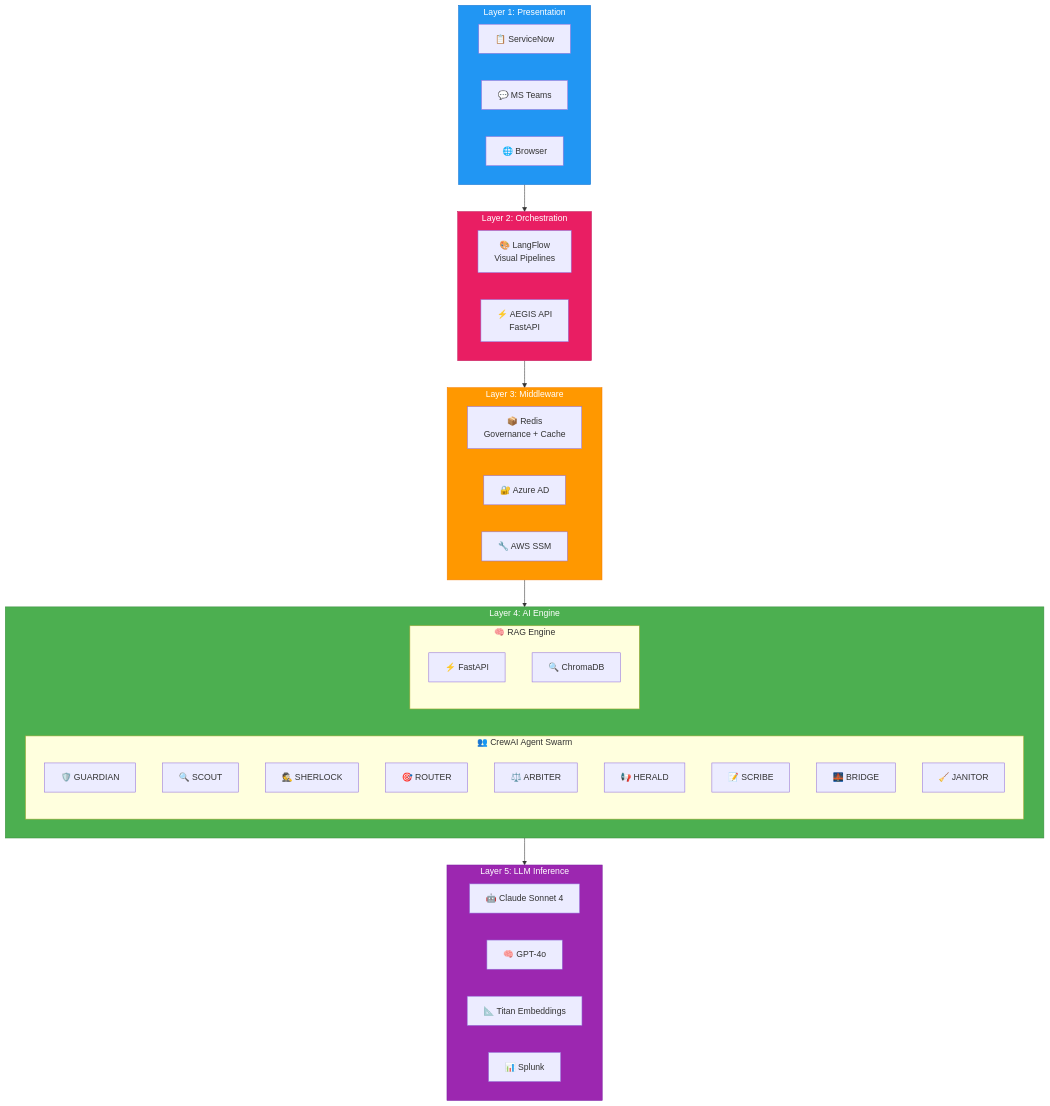
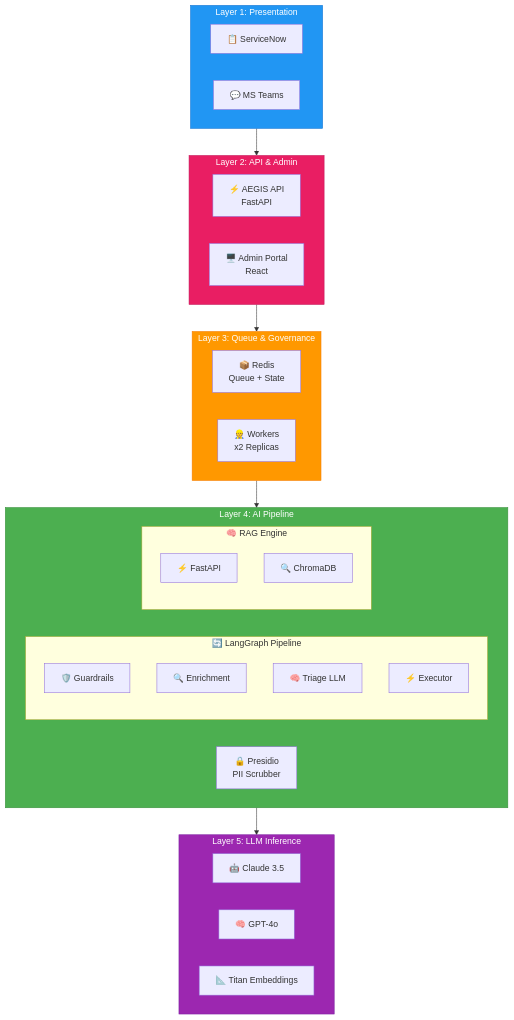
One commit to maniltns/AEGIS changed the second of 7 diagrams in docs/architecture-diagrams.md. Above: the diagram before and after it, drawn with Mermaid. The commit also changed other lines of this file and 6 other files, not shown here.

````diff
--- a/docs/architecture-diagrams.md
+++ b/docs/architecture-diagrams.md
@@ -76,53 +66,47 @@
 ```mermaid
 graph TB
     subgraph L5["Layer 5: LLM Inference"]
-        CLAUDE["🤖 Claude Sonnet 4"]
+        CLAUDE["🤖 Claude 3.5"]
         GPT4["🧠 GPT-4o"]
         TITAN["📐 Titan Embeddings"]
-        SPLUNK["📊 Splunk"]
     end
     
-    subgraph L4["Layer 4: AI Engine"]
-        subgraph CREW["👥 CrewAI Agent Swarm"]
-            G["🛡️ GUARDIAN"]
-            SC["🔍 SCOUT"]
-            SH["🕵️ SHERLOCK"]
-            R["🎯 ROUTER"]
-            A["⚖️ ARBITER"]
-            H["📢 HERALD"]
-            SCR["📝 SCRIBE"]
-            B["🌉 BRIDGE"]
-            J["🧹 JANITOR"]
+    subgraph L4["Layer 4: AI Pipeline"]
+        subgraph GRAPH["🔄 LangGraph Pipeline"]
+            N1["🛡️ Guardrails"]
+            N2["🔍 Enrichment"]
+            N3["🧠 Triage LLM"]
+            N4["⚡ Executor"]
         end
         
         subgraph RAG["🧠 RAG Engine"]
             FAPI["⚡ FastAPI"]
             CHROMA["🔍 ChromaDB"]
         end
+        
+        PII["🔒 Presidio<br/>PII Scrubber"]
     end
     
-    subgraph L3["Layer 3: Middleware"]
-        REDIS["📦 Redis<br/>Governance + Cache"]
-        AAD["🔐 Azure AD"]
-        SSM["🔧 AWS SSM"]
+    subgraph L3["Layer 3: Queue & Governance"]
+        REDIS["📦 Redis<br/>Queue + State"]
+        WORKER["👷 Workers<br/>x2 Replicas"]
     end
     
-    subgraph L2["Layer 2: Orchestration"]
-        LFLOW["🎨 LangFlow<br/>Visual Pipelines"]
+    subgraph L2["Layer 2: API & Admin"]
         API["⚡ AEGIS API<br/>FastAPI"]
+        ADMIN["🖥️ Admin Portal<br/>React"]
     end
     
     subgraph L1["Layer 1: Presentation"]
         SNOW["📋 ServiceNow"]
         TEAMS["💬 MS Teams"]
-        WEB["🌐 Browser"]
     end
     
     L1 --> L2 --> L3 --> L4 --> L5
     
     style L5 fill:#9c27b0,stroke:#7b1fa2,color:#fff
     style L4 fill:#4caf50,stroke:#388e3c,color:#fff
     style L3 fill:#ff9800,stroke:#f57c00,color:#fff
     style L2 fill:#e91e63,stroke:#c2185b,color:#fff
     style L1 fill:#2196f3,stroke:#1976d2,color:#fff
 ```
````
